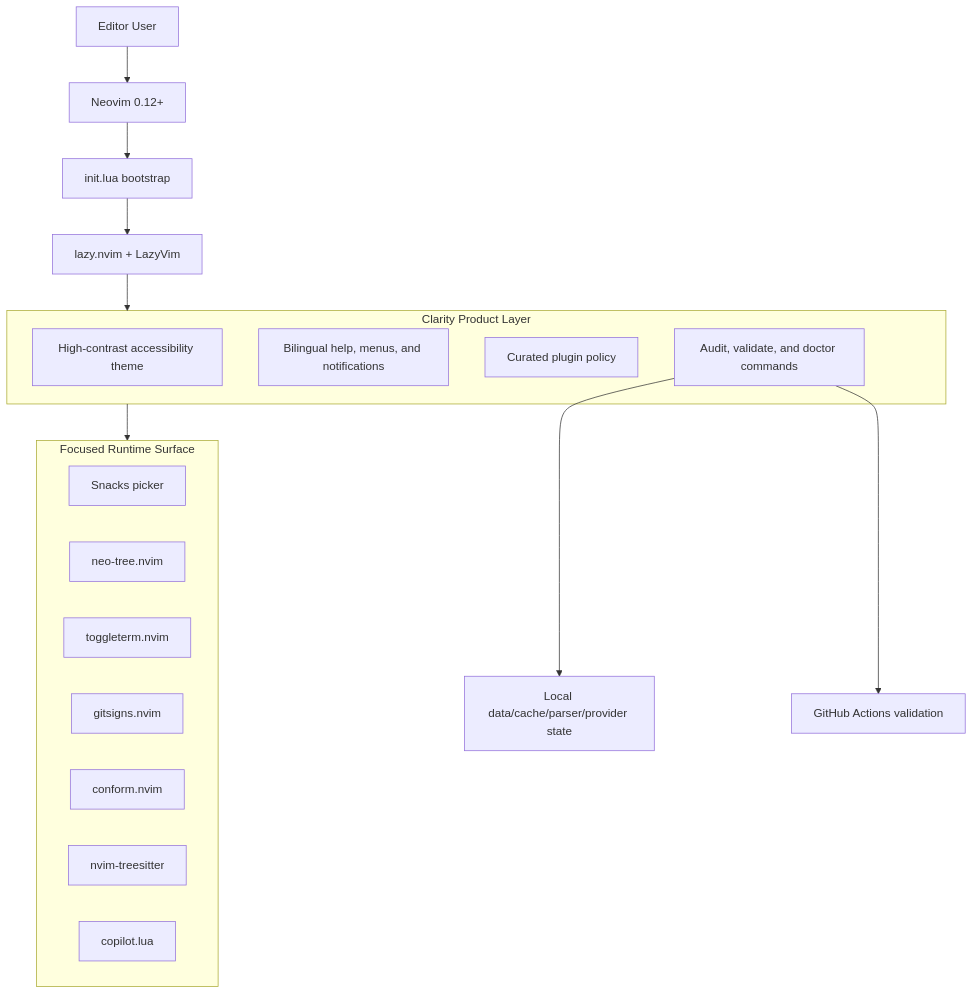
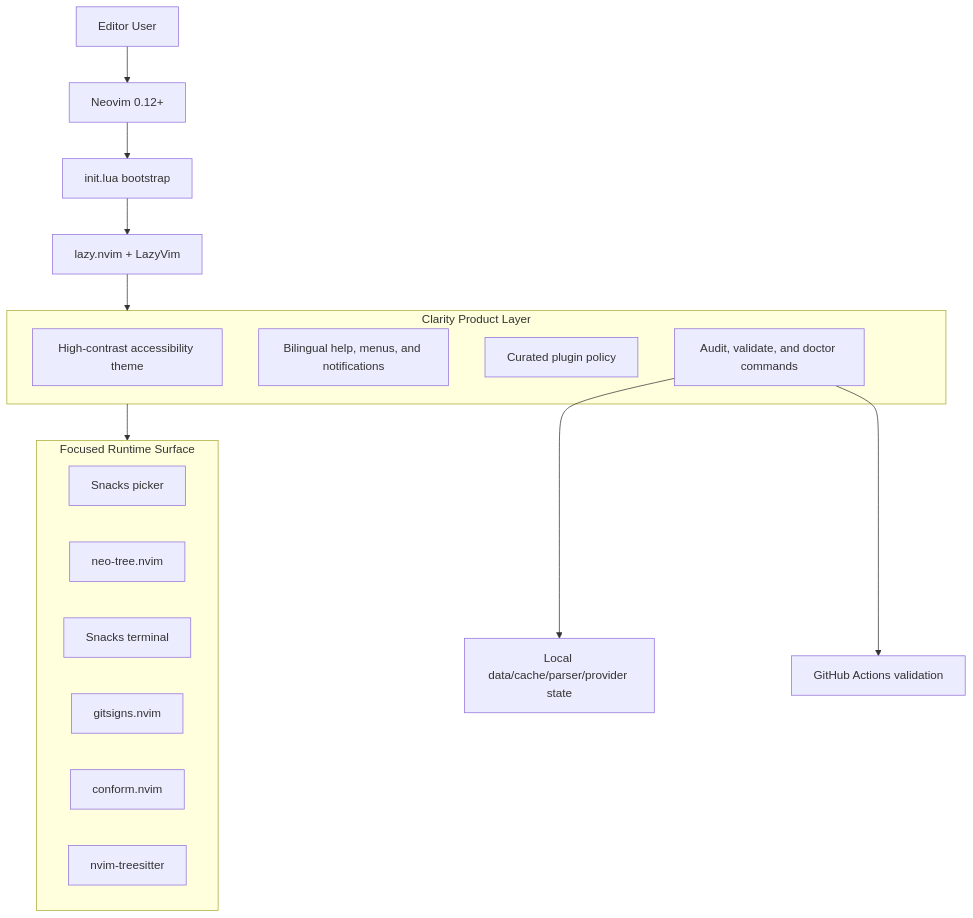
The first of 3 diagrams in README.md (Nongfsq/clarity_lazyvim), drawn with Mermaid before and after one commit. The commit also changed other lines of this file and 44 other files, not shown here.

````diff
--- a/README.md
+++ b/README.md
@@ -179,29 +175,28 @@
 ```mermaid
 flowchart TB
     User["Editor User"] --> Entry["Neovim 0.12+"]
     Entry --> Bootstrap["init.lua bootstrap"]
     Bootstrap --> Lazy["lazy.nvim + LazyVim"]
 
     subgraph Product["Clarity Product Layer"]
         Theme["High-contrast accessibility theme"]
         RuntimeUI["Bilingual help, menus, and notifications"]
         Policy["Curated plugin policy"]
         Doctor["Audit, validate, and doctor commands"]
     end
 
     Lazy --> Product
 
     subgraph Plugins["Focused Runtime Surface"]
         Picker["Snacks picker"]
         Tree["neo-tree.nvim"]
-        Terminal["toggleterm.nvim"]
+        Terminal["Snacks terminal"]
         Git["gitsigns.nvim"]
         Format["conform.nvim"]
         Syntax["nvim-treesitter"]
-        AI["copilot.lua"]
     end
 
     Product --> Plugins
     Doctor --> LocalState["Local data/cache/parser/provider state"]
     Doctor --> CI["GitHub Actions validation"]
 ```
````
